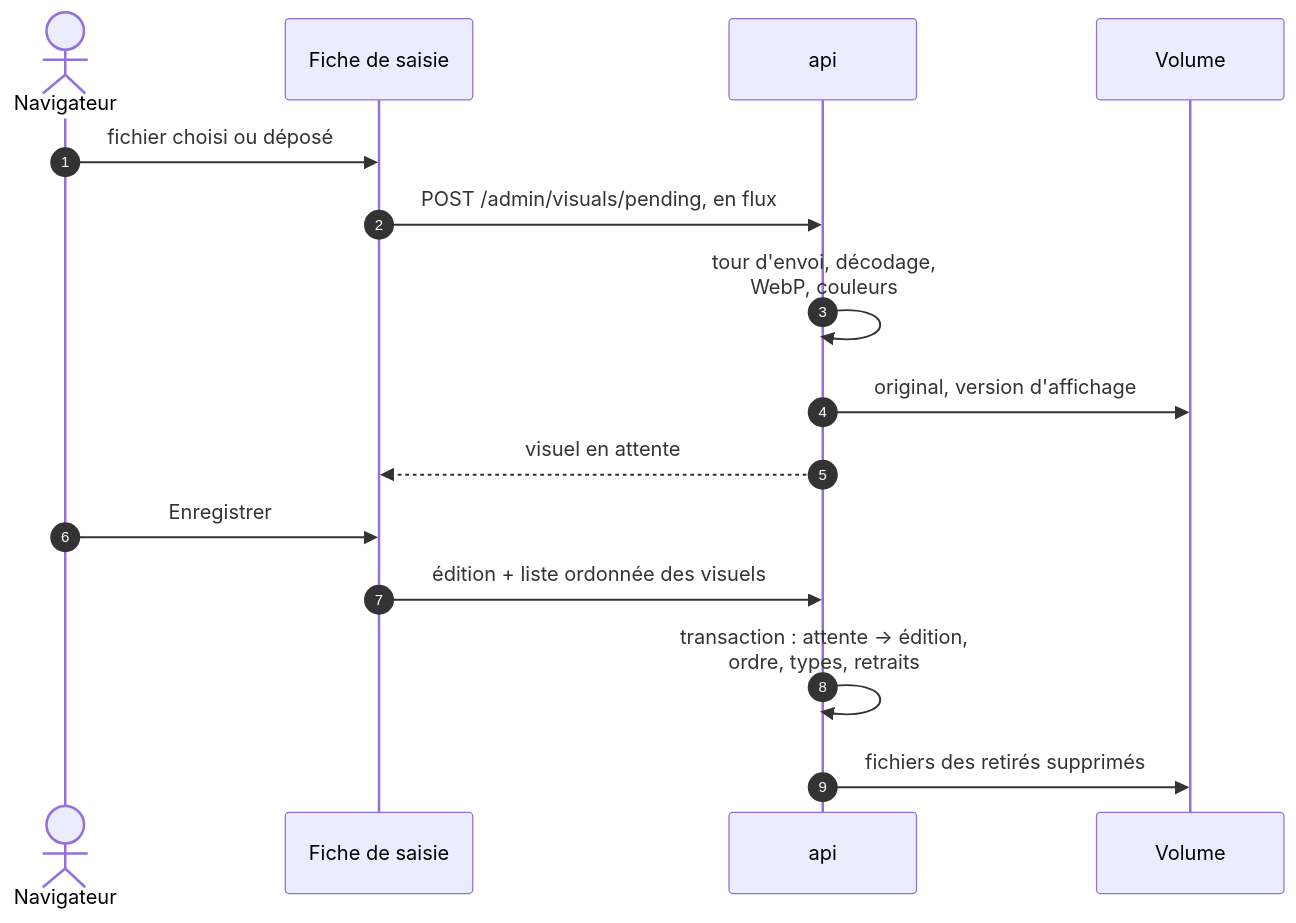
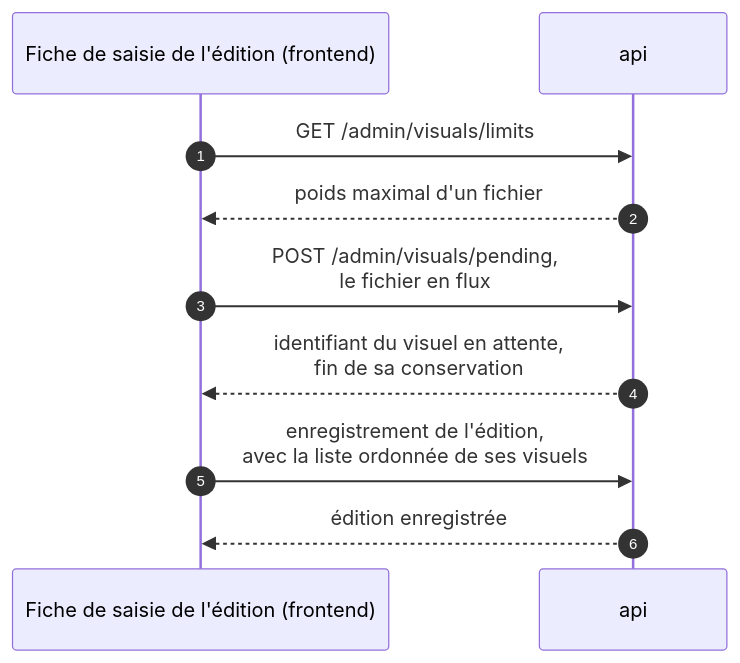
One commit to Tetram76/bdtheque-claude changed the second of 2 diagrams in docs/tech/mecanismes/visuels.md. Above: the diagram before and after it, drawn with Mermaid. The commit also changed other lines of this file and 41 other files, not shown here.

````diff
--- a/docs/tech/mecanismes/visuels.md
+++ b/docs/tech/mecanismes/visuels.md
@@ -21,18 +44,13 @@
 ```mermaid
 sequenceDiagram
     autonumber
-    actor browser as Navigateur
-    participant form as Fiche de saisie
+    participant form as Fiche de saisie de l'édition (frontend)
     participant api as api
-    participant volume as Volume
 
-    browser->>form: fichier choisi ou déposé
-    form->>api: POST /admin/visuals/pending, en flux
-    api->>api: tour d'envoi, décodage,<br/>WebP, couleurs
-    api->>volume: original, version d'affichage
-    api-->>form: visuel en attente
-    browser->>form: Enregistrer
-    form->>api: édition + liste ordonnée des visuels
-    api->>api: transaction : attente → édition,<br/>ordre, types, retraits
-    api->>volume: fichiers des retirés supprimés
+    form->>api: GET /admin/visuals/limits
+    api-->>form: poids maximal d'un fichier
+    form->>api: POST /admin/visuals/pending,<br/>le fichier en flux
+    api-->>form: identifiant du visuel en attente,<br/>fin de sa conservation
+    form->>api: enregistrement de l'édition,<br/>avec la liste ordonnée de ses visuels
+    api-->>form: édition enregistrée
 ```
````
